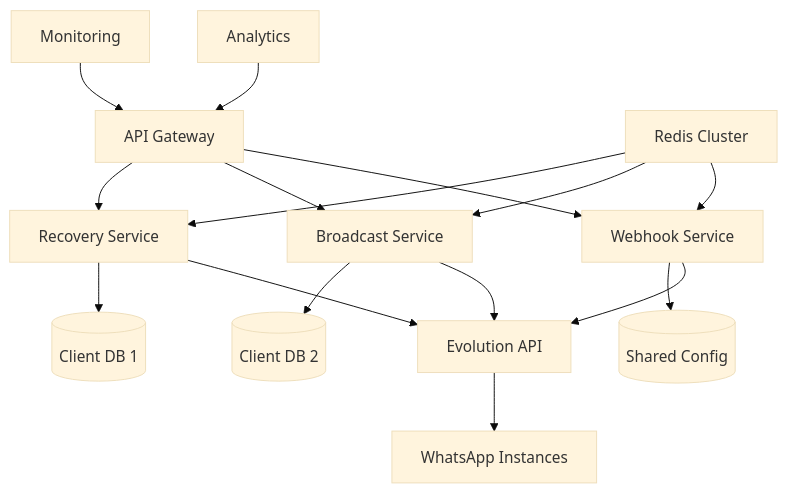
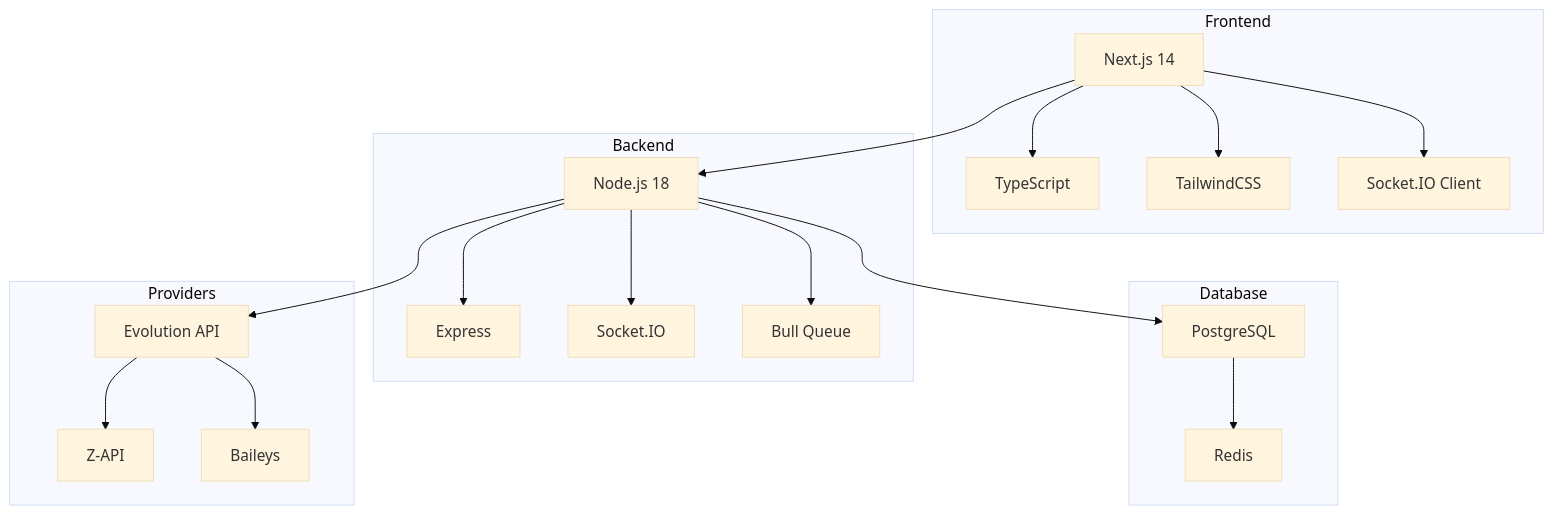
Before and after one commit to tiagoelesbao/oraclewa: the diagram in README.md, drawn with Mermaid (base theme). The commit also changed other lines of this file and 1 other file, not shown here.

````diff
--- a/README.md
+++ b/README.md
@@ -27,23 +111,27 @@
 ```mermaid
 graph TB
-    A[API Gateway] --> B[Recovery Service]
-    A --> C[Broadcast Service]
-    A --> D[Webhook Service]
+    subgraph "Frontend"
+        A[Next.js 14] --> B[TypeScript]
+        A --> C[TailwindCSS]
+        A --> D[Socket.IO Client]
+    end
     
-    B --> E[(Client DB 1)]
-    C --> F[(Client DB 2)]
-    D --> G[(Shared Config)]
+    subgraph "Backend"
+        E[Node.js 18] --> F[Express]
+        E --> G[Socket.IO]
+        E --> H[Bull Queue]
+    end
     
-    H[Evolution API] --> I[WhatsApp Instances]
+    subgraph "Database"
+        I[PostgreSQL] --> J[Redis]
+    end
     
-    B --> H
-    C --> H
-    D --> H
+    subgraph "Providers"
+        K[Evolution API] --> L[Z-API]
+        K --> M[Baileys]
+    end
     
-    J[Redis Cluster] --> B
-    J --> C
-    J --> D
-    
-    K[Monitoring] --> A
-    L[Analytics] --> A
+    A --> E
+    E --> I
+    E --> K
 ```
````
